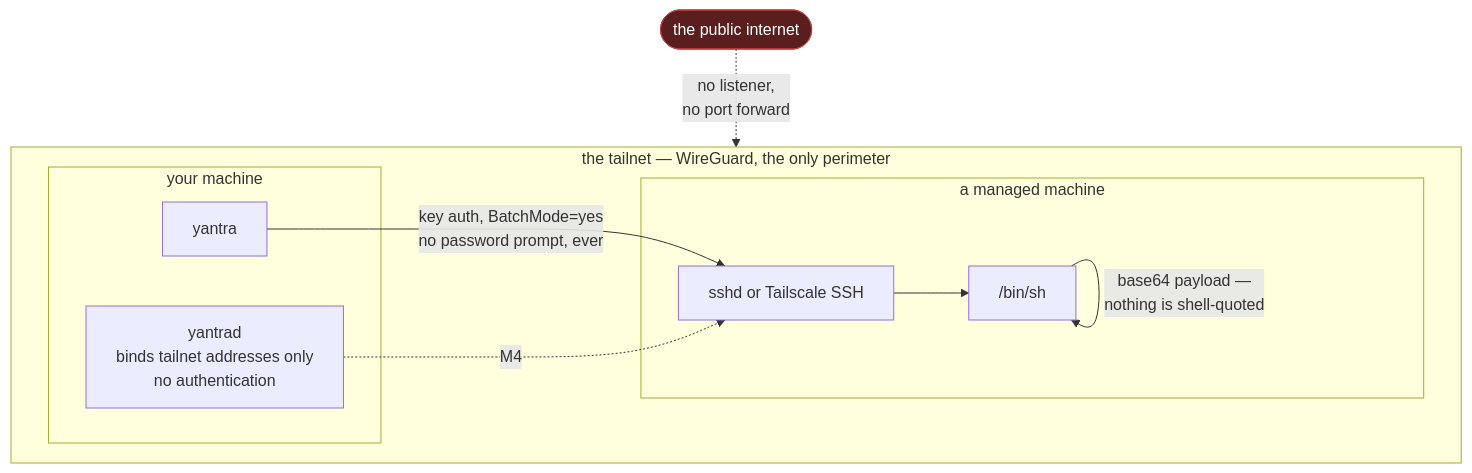
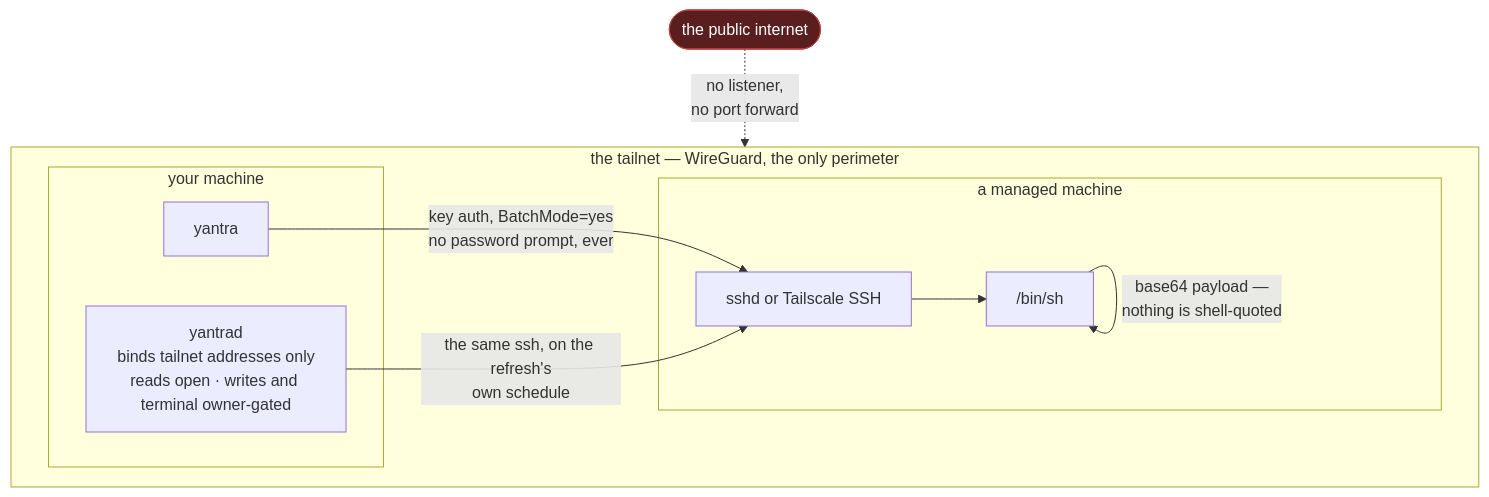
Before and after one commit to 2002Bishwajeet/yantra: the fourth of 7 diagrams in docs/architecture.md, drawn with Mermaid. The commit also changed other lines of this file and 3 other files, not shown here.

First line of the commit message:
Y-153: sweep the architecture document, and make a milestone close own the sweep (#181)

````diff
--- a/docs/architecture.md
+++ b/docs/architecture.md
@@ -131,24 +131,24 @@
 ```mermaid
 flowchart TB
     internet(["the public internet"])
 
     subgraph tailnet["the tailnet — WireGuard, the only perimeter"]
         subgraph host["your machine"]
             cli["yantra"]
-            daemon["yantrad<br/>binds tailnet addresses only<br/>no authentication"]
+            daemon["yantrad<br/>binds tailnet addresses only<br/>reads open · writes and terminal owner-gated"]
         end
         subgraph managed["a managed machine"]
             sshd["sshd or Tailscale SSH"]
             shell["/bin/sh"]
         end
     end
 
     internet -.->|"no listener,<br/>no port forward"| tailnet
     cli -->|"key auth, BatchMode=yes<br/>no password prompt, ever"| sshd
-    daemon -.->|"M4"| sshd
+    daemon -->|"the same ssh, on the refresh's<br/>own schedule"| sshd
     sshd --> shell
     shell -->|"base64 payload —<br/>nothing is shell-quoted"| shell
 
     classDef danger fill:#5a1e1e,stroke:#c04040,color:#fff
     class internet danger
 ```
````
